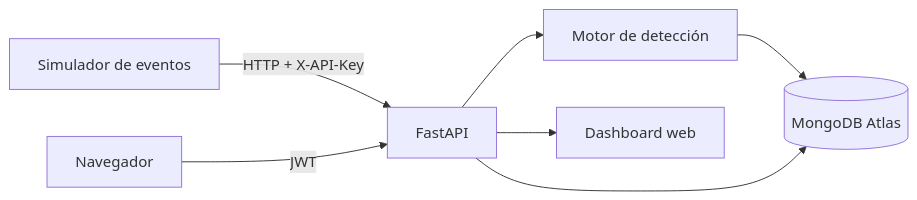
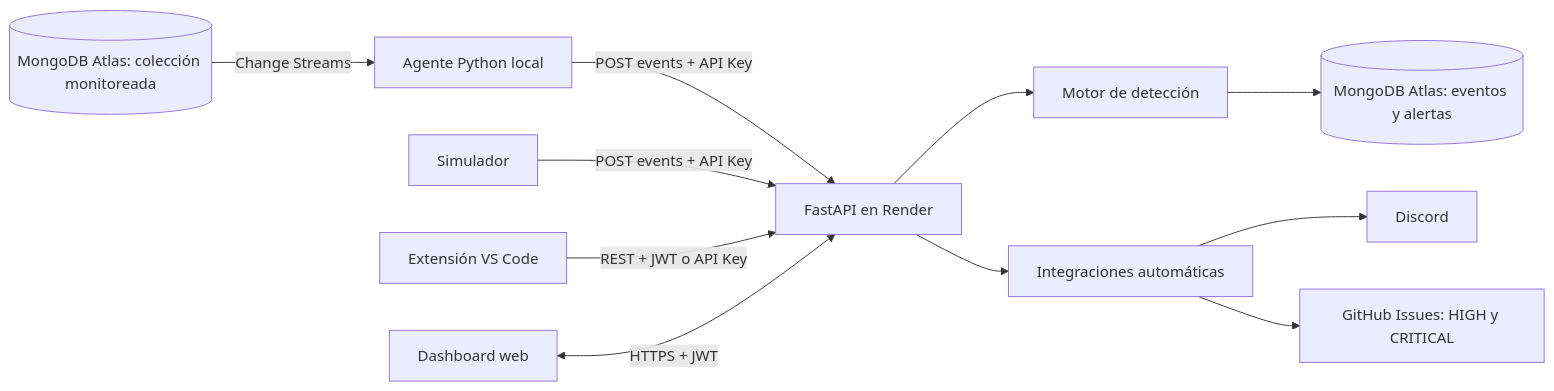
Before and after one commit to JuanCalderon1218/Proyecto-Base-de-datos-2: the first of 5 diagrams in README.md, drawn with Mermaid. The commit also changed other lines of this file and 6 other files, not shown here.

Commit message:
docs: actualizar README, GitHub Pages y anexo FD05 de integraciones

````diff
--- a/README.md
+++ b/README.md
@@ -48,9 +48,13 @@
 ```mermaid
 flowchart LR
-    SIM[Simulador de eventos] -->|HTTP + X-API-Key| API[FastAPI]
-    WEB[Navegador] -->|JWT| API
-    API --> DET[Motor de detección]
-    DET --> DB[(MongoDB Atlas)]
-    API --> DB
-    API --> FRONT[Dashboard web]
+    DBMON[(MongoDB Atlas: colección monitoreada)] -->|Change Streams| AGENTE[Agente Python local]
+    AGENTE -->|POST events + API Key| API[FastAPI en Render]
+    SIM[Simulador] -->|POST events + API Key| API
+    VSC[Extensión VS Code] -->|REST + JWT o API Key| API
+    WEB[Dashboard web] <-->|HTTPS + JWT| API
+    API --> MOTOR[Motor de detección]
+    MOTOR --> REG[(MongoDB Atlas: eventos y alertas)]
+    API --> INTEG[Integraciones automáticas]
+    INTEG --> DISCORD[Discord]
+    INTEG --> ISSUES[GitHub Issues: HIGH y CRITICAL]
 ```
````
